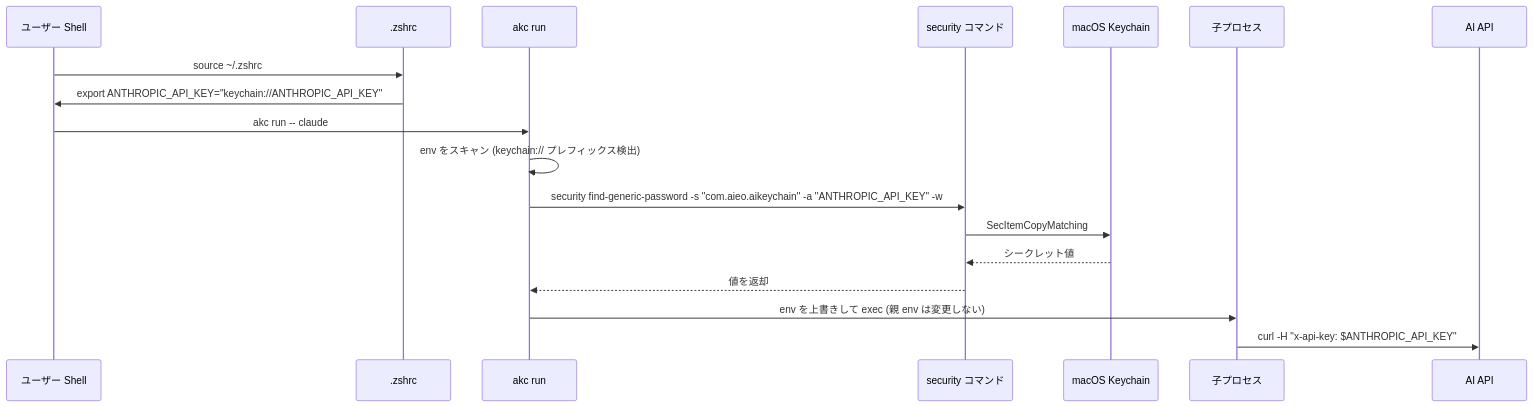
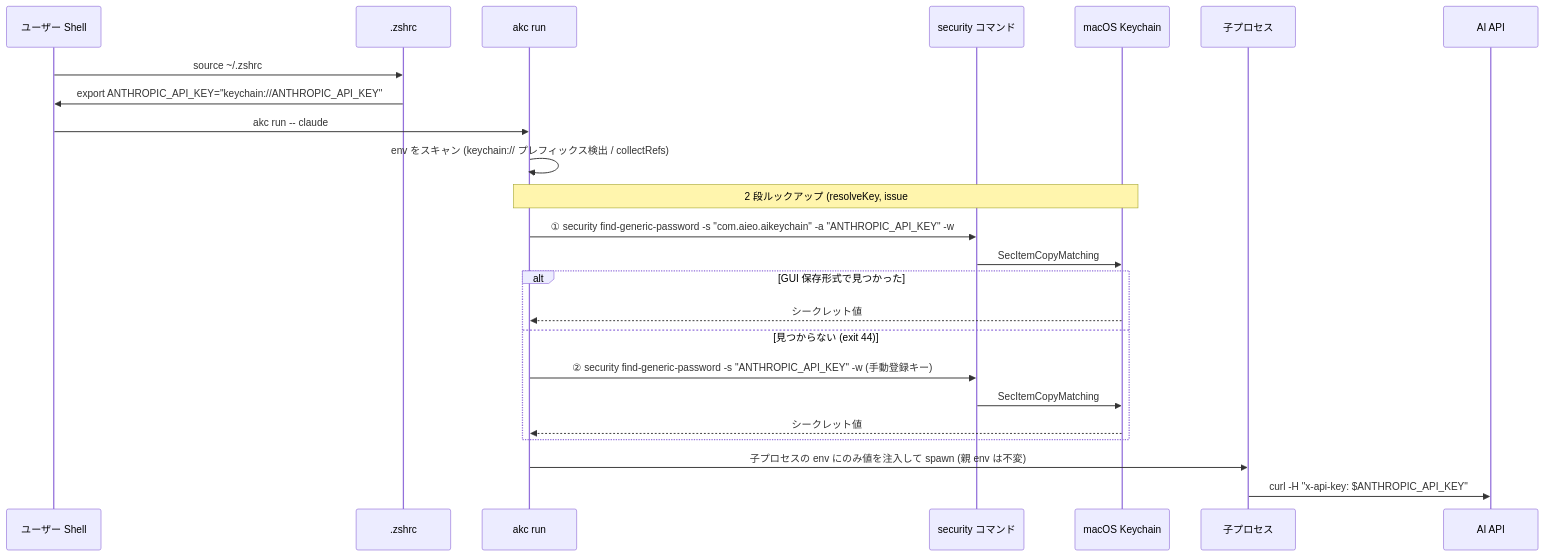
Before and after one commit to aieo-product/AIkeychain: the third of 6 diagrams in docs/design/architecture.md, drawn with Mermaid. The commit also changed other lines of this file, not shown here.

First line of the commit message:
docs(design): キー解決フローを最新化(2段ルックアップ/npm CLI/MCP) (#156)

````diff
--- a/docs/design/architecture.md
+++ b/docs/design/architecture.md
@@ -97,21 +104,27 @@
 ```mermaid
 sequenceDiagram
     participant Shell as ユーザー Shell
     participant Zshrc as .zshrc
     participant Akc as akc run
     participant Security as security コマンド
     participant Keychain as macOS Keychain
     participant Child as 子プロセス
     participant API as AI API
 
     Shell->>Zshrc: source ~/.zshrc
     Zshrc->>Shell: export ANTHROPIC_API_KEY="keychain://ANTHROPIC_API_KEY"
     Shell->>Akc: akc run -- claude
-    Akc->>Akc: env をスキャン (keychain:// プレフィックス検出)
-    Akc->>Security: security find-generic-password -s "com.aieo.aikeychain" -a "ANTHROPIC_API_KEY" -w
+    Akc->>Akc: env をスキャン (keychain:// プレフィックス検出 / collectRefs)
+    Note over Akc,Keychain: 2 段ルックアップ (resolveKey, issue #91)
+    Akc->>Security: ① security find-generic-password -s "com.aieo.aikeychain" -a "ANTHROPIC_API_KEY" -w
     Security->>Keychain: SecItemCopyMatching
-    Keychain-->>Security: シークレット値
-    Security-->>Akc: 値を返却
-    Akc->>Child: env を上書きして exec (親 env は変更しない)
+    alt GUI 保存形式で見つかった
+        Keychain-->>Akc: シークレット値
+    else 見つからない (exit 44)
+        Akc->>Security: ② security find-generic-password -s "ANTHROPIC_API_KEY" -w (手動登録キー)
+        Security->>Keychain: SecItemCopyMatching
+        Keychain-->>Akc: シークレット値
+    end
+    Akc->>Child: 子プロセスの env にのみ値を注入して spawn (親 env は不変)
     Child->>API: curl -H "x-api-key: $ANTHROPIC_API_KEY"
 ```
````
